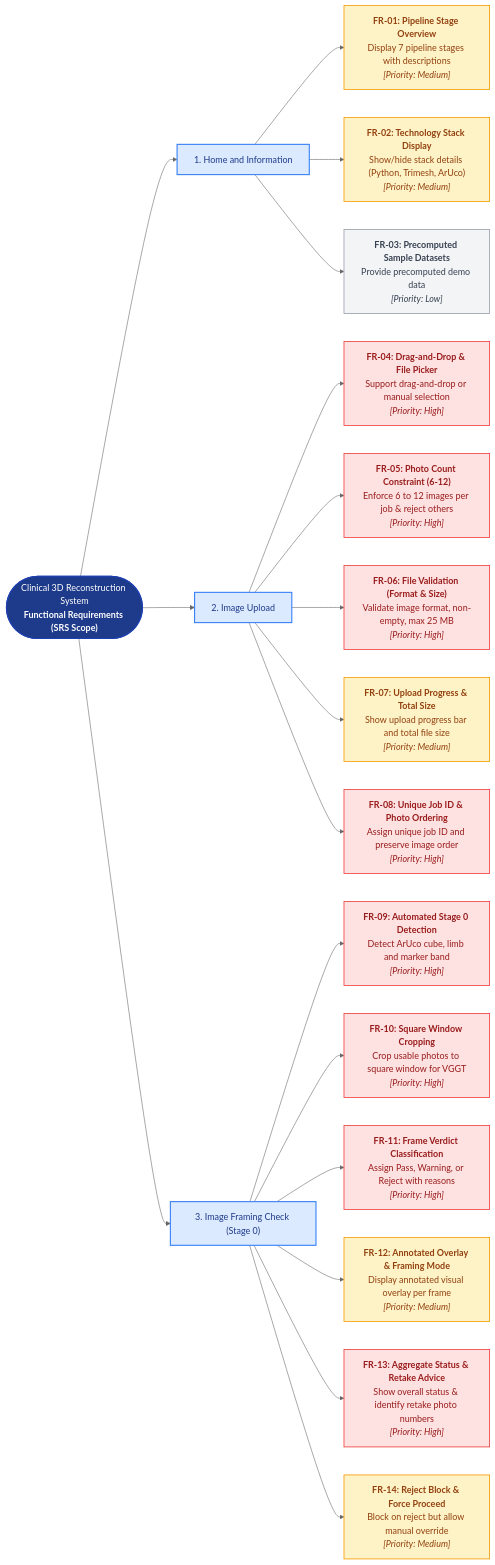
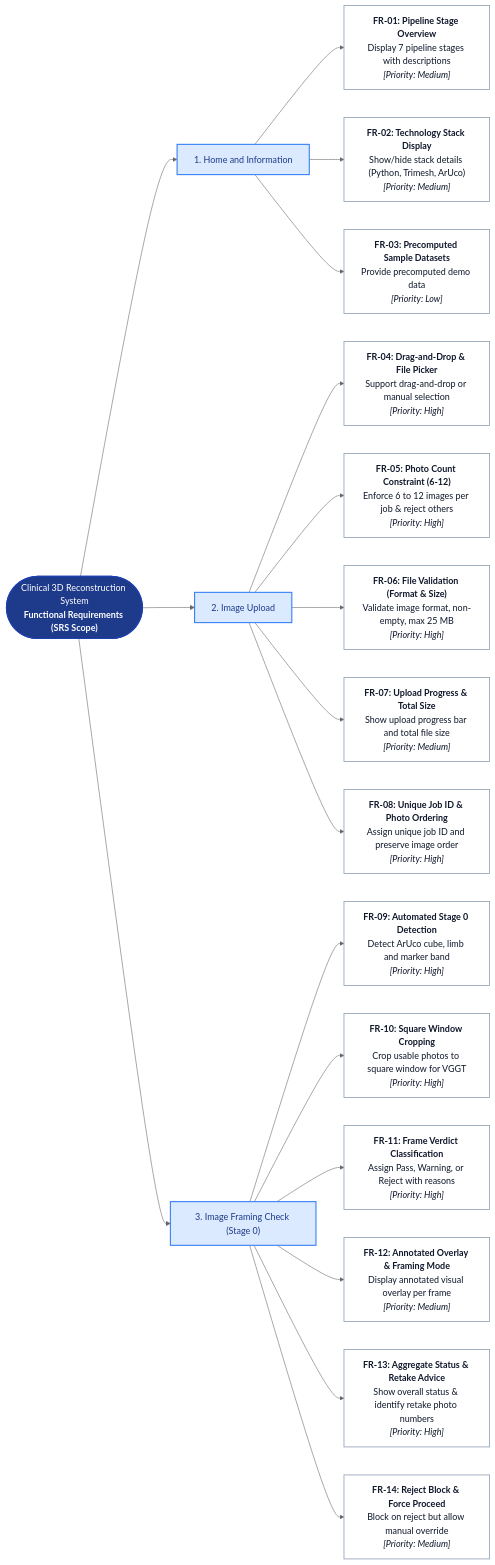
One commit to Sannn-boo/SCGProject changed the diagram in FR.mmd. Above: the diagram before and after it, drawn with Mermaid (neutral theme).

Commit message:
Replace priority classes with plainNode styling

```diff
--- a/FR.mmd
+++ b/FR.mmd
@@ -1,38 +1,36 @@
 flowchart LR
     %% Styling Classes
     classDef rootClass fill:#1e3a8a,stroke:#1e40af,stroke-width:2px,color:#ffffff;
     classDef groupClass fill:#dbeafe,stroke:#3b82f6,stroke-width:2px,color:#1e3a8a;
-    classDef highClass fill:#fee2e2,stroke:#ef4444,stroke-width:1.5px,color:#991b1b;
-    classDef medClass fill:#fef3c7,stroke:#f59e0b,stroke-width:1.5px,color:#92400e;
-    classDef lowClass fill:#f3f4f6,stroke:#9ca3af,stroke-width:1.5px,color:#374151;
+    classDef plainNode fill:#ffffff,stroke:#94a3b8,stroke-width:1.5px,color:#0f172a;
 
     Root(["Clinical 3D Reconstruction System<br/><b>Functional Requirements (SRS Scope)</b>"]):::rootClass
 
     %% Main Requirement Sections
     S1["1. Home and Information"]:::groupClass
     S2["2. Image Upload"]:::groupClass
     S3["3. Image Framing Check (Stage 0)"]:::groupClass
 
     Root --> S1
     Root --> S2
     Root --> S3
 
     %% Section 1: Home and Information
-    S1 --> FR01["<b>FR-01: Pipeline Stage Overview</b><br/>Display 7 pipeline stages with descriptions<br/><i>[Priority: Medium]</i>"]:::medClass
-    S1 --> FR02["<b>FR-02: Technology Stack Display</b><br/>Show/hide stack details (Python, Trimesh, ArUco)<br/><i>[Priority: Medium]</i>"]:::medClass
-    S1 --> FR03["<b>FR-03: Precomputed Sample Datasets</b><br/>Provide precomputed demo data<br/><i>[Priority: Low]</i>"]:::lowClass
+    S1 --> FR01["<b>FR-01: Pipeline Stage Overview</b><br/>Display 7 pipeline stages with descriptions<br/><i>[Priority: Medium]</i>"]:::plainNode
+    S1 --> FR02["<b>FR-02: Technology Stack Display</b><br/>Show/hide stack details (Python, Trimesh, ArUco)<br/><i>[Priority: Medium]</i>"]:::plainNode
+    S1 --> FR03["<b>FR-03: Precomputed Sample Datasets</b><br/>Provide precomputed demo data<br/><i>[Priority: Low]</i>"]:::plainNode
 
     %% Section 2: Image Upload
-    S2 --> FR04["<b>FR-04: Drag-and-Drop & File Picker</b><br/>Support drag-and-drop or manual selection<br/><i>[Priority: High]</i>"]:::highClass
-    S2 --> FR05["<b>FR-05: Photo Count Constraint (6-12)</b><br/>Enforce 6 to 12 images per job & reject others<br/><i>[Priority: High]</i>"]:::highClass
-    S2 --> FR06["<b>FR-06: File Validation (Format & Size)</b><br/>Validate image format, non-empty, max 25 MB<br/><i>[Priority: High]</i>"]:::highClass
-    S2 --> FR07["<b>FR-07: Upload Progress & Total Size</b><br/>Show upload progress bar and total file size<br/><i>[Priority: Medium]</i>"]:::medClass
-    S2 --> FR08["<b>FR-08: Unique Job ID & Photo Ordering</b><br/>Assign unique job ID and preserve image order<br/><i>[Priority: High]</i>"]:::highClass
+    S2 --> FR04["<b>FR-04: Drag-and-Drop & File Picker</b><br/>Support drag-and-drop or manual selection<br/><i>[Priority: High]</i>"]:::plainNode
+    S2 --> FR05["<b>FR-05: Photo Count Constraint (6-12)</b><br/>Enforce 6 to 12 images per job & reject others<br/><i>[Priority: High]</i>"]:::plainNode
+    S2 --> FR06["<b>FR-06: File Validation (Format & Size)</b><br/>Validate image format, non-empty, max 25 MB<br/><i>[Priority: High]</i>"]:::plainNode
+    S2 --> FR07["<b>FR-07: Upload Progress & Total Size</b><br/>Show upload progress bar and total file size<br/><i>[Priority: Medium]</i>"]:::plainNode
+    S2 --> FR08["<b>FR-08: Unique Job ID & Photo Ordering</b><br/>Assign unique job ID and preserve image order<br/><i>[Priority: High]</i>"]:::plainNode
 
     %% Section 3: Image Framing Check (Stage 0)
-    S3 --> FR09["<b>FR-09: Automated Stage 0 Detection</b><br/>Detect ArUco cube, limb and marker band<br/><i>[Priority: High]</i>"]:::highClass
-    S3 --> FR10["<b>FR-10: Square Window Cropping</b><br/>Crop usable photos to square window for VGGT<br/><i>[Priority: High]</i>"]:::highClass
-    S3 --> FR11["<b>FR-11: Frame Verdict Classification</b><br/>Assign Pass, Warning, or Reject with reasons<br/><i>[Priority: High]</i>"]:::highClass
-    S3 --> FR12["<b>FR-12: Annotated Overlay & Framing Mode</b><br/>Display annotated visual overlay per frame<br/><i>[Priority: Medium]</i>"]:::medClass
-    S3 --> FR13["<b>FR-13: Aggregate Status & Retake Advice</b><br/>Show overall status & identify retake photo numbers<br/><i>[Priority: High]</i>"]:::highClass
-    S3 --> FR14["<b>FR-14: Reject Block & Force Proceed</b><br/>Block on reject but allow manual override<br/><i>[Priority: Medium]</i>"]:::medClass
+    S3 --> FR09["<b>FR-09: Automated Stage 0 Detection</b><br/>Detect ArUco cube, limb and marker band<br/><i>[Priority: High]</i>"]:::plainNode
+    S3 --> FR10["<b>FR-10: Square Window Cropping</b><br/>Crop usable photos to square window for VGGT<br/><i>[Priority: High]</i>"]:::plainNode
+    S3 --> FR11["<b>FR-11: Frame Verdict Classification</b><br/>Assign Pass, Warning, or Reject with reasons<br/><i>[Priority: High]</i>"]:::plainNode
+    S3 --> FR12["<b>FR-12: Annotated Overlay & Framing Mode</b><br/>Display annotated visual overlay per frame<br/><i>[Priority: Medium]</i>"]:::plainNode
+    S3 --> FR13["<b>FR-13: Aggregate Status & Retake Advice</b><br/>Show overall status & identify retake photo numbers<br/><i>[Priority: High]</i>"]:::plainNode
+    S3 --> FR14["<b>FR-14: Reject Block & Force Proceed</b><br/>Block on reject but allow manual override<br/><i>[Priority: Medium]</i>"]:::plainNode
```
